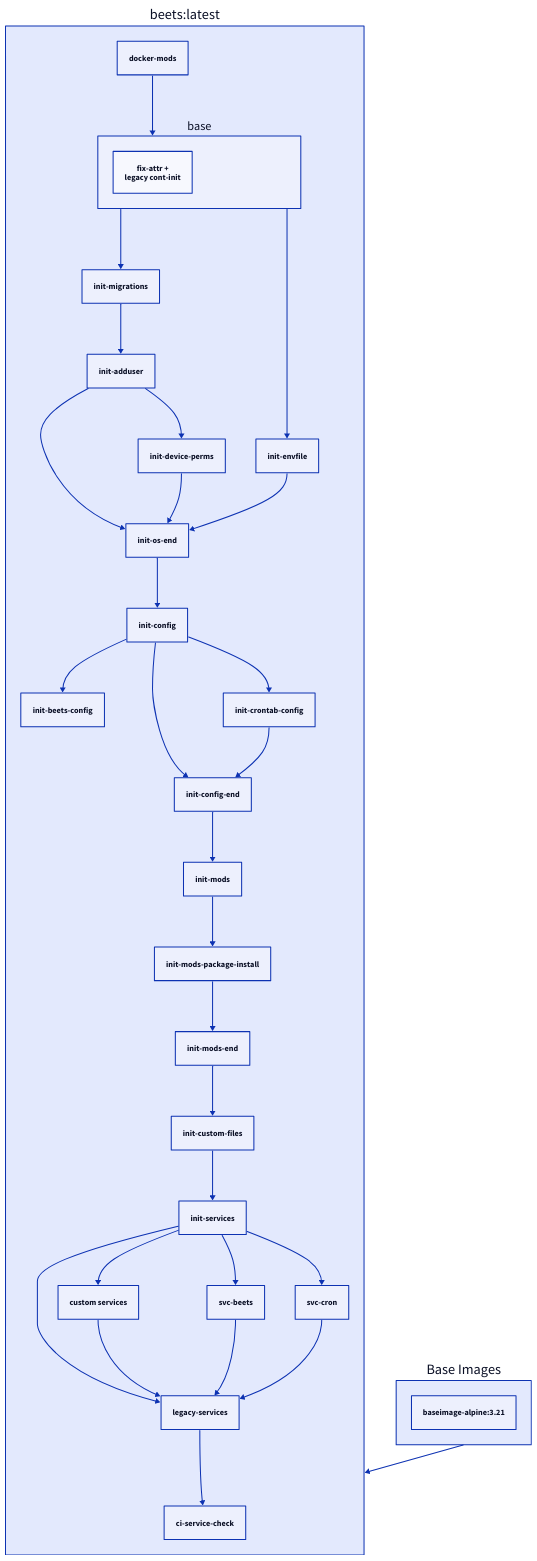
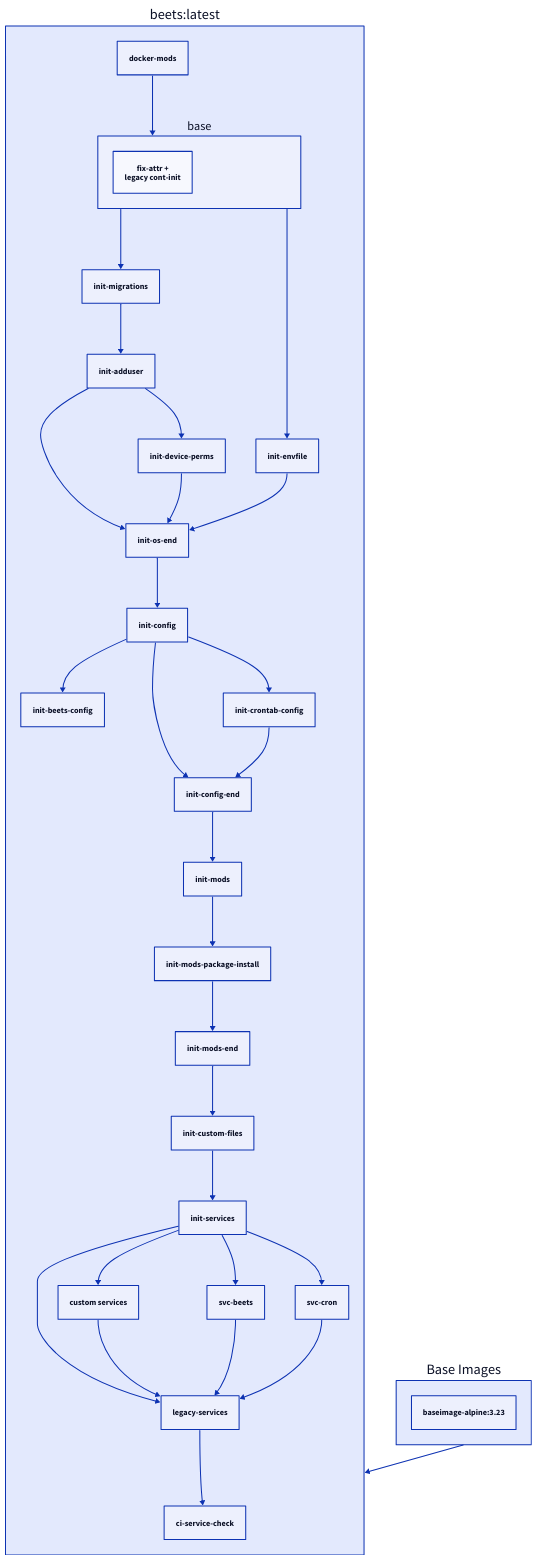
The diagram in docs/images/docker-beets.md (linuxserver/docker-documentation), drawn with D2 before and after one commit. The commit also changed other lines of this file, not shown here.

Commit message:
Bot Updating Documentation

````diff
--- a/docs/images/docker-beets.md
+++ b/docs/images/docker-beets.md
@@ -311,40 +311,40 @@
     ```d2
     "beets:latest": {
       docker-mods
       base {
         fix-attr +\nlegacy cont-init
       }
       docker-mods -> base
       legacy-services
       custom services
       init-services -> legacy-services
       init-services -> custom services
       custom services -> legacy-services
       legacy-services -> ci-service-check
       init-migrations -> init-adduser
       init-config -> init-beets-config
       init-os-end -> init-config
       init-config -> init-config-end
       init-crontab-config -> init-config-end
       init-config -> init-crontab-config
       init-mods-end -> init-custom-files
       init-adduser -> init-device-perms
       base -> init-envfile
       base -> init-migrations
       init-config-end -> init-mods
       init-mods-package-install -> init-mods-end
       init-mods -> init-mods-package-install
       init-adduser -> init-os-end
       init-device-perms -> init-os-end
       init-envfile -> init-os-end
       init-custom-files -> init-services
       init-services -> svc-beets
       svc-beets -> legacy-services
       init-services -> svc-cron
       svc-cron -> legacy-services
     }
     Base Images: {
-      "baseimage-alpine:3.21"
+      "baseimage-alpine:3.23"
     }
     "beets:latest" <- Base Images
     ```
````
